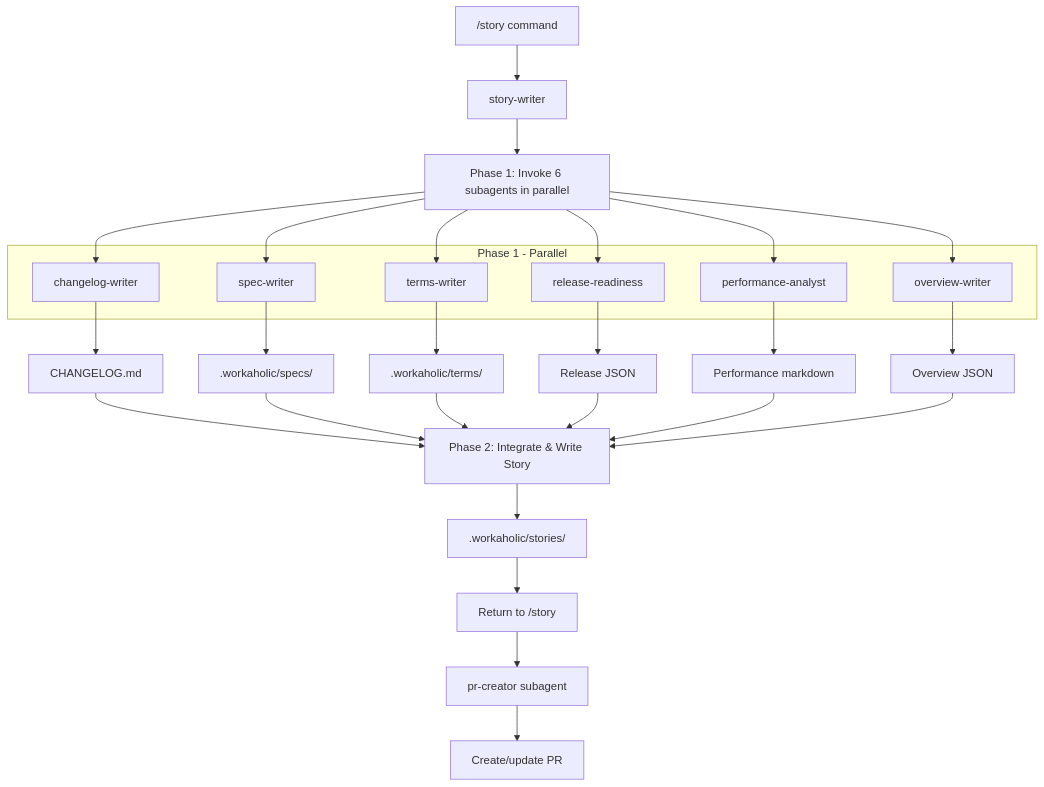
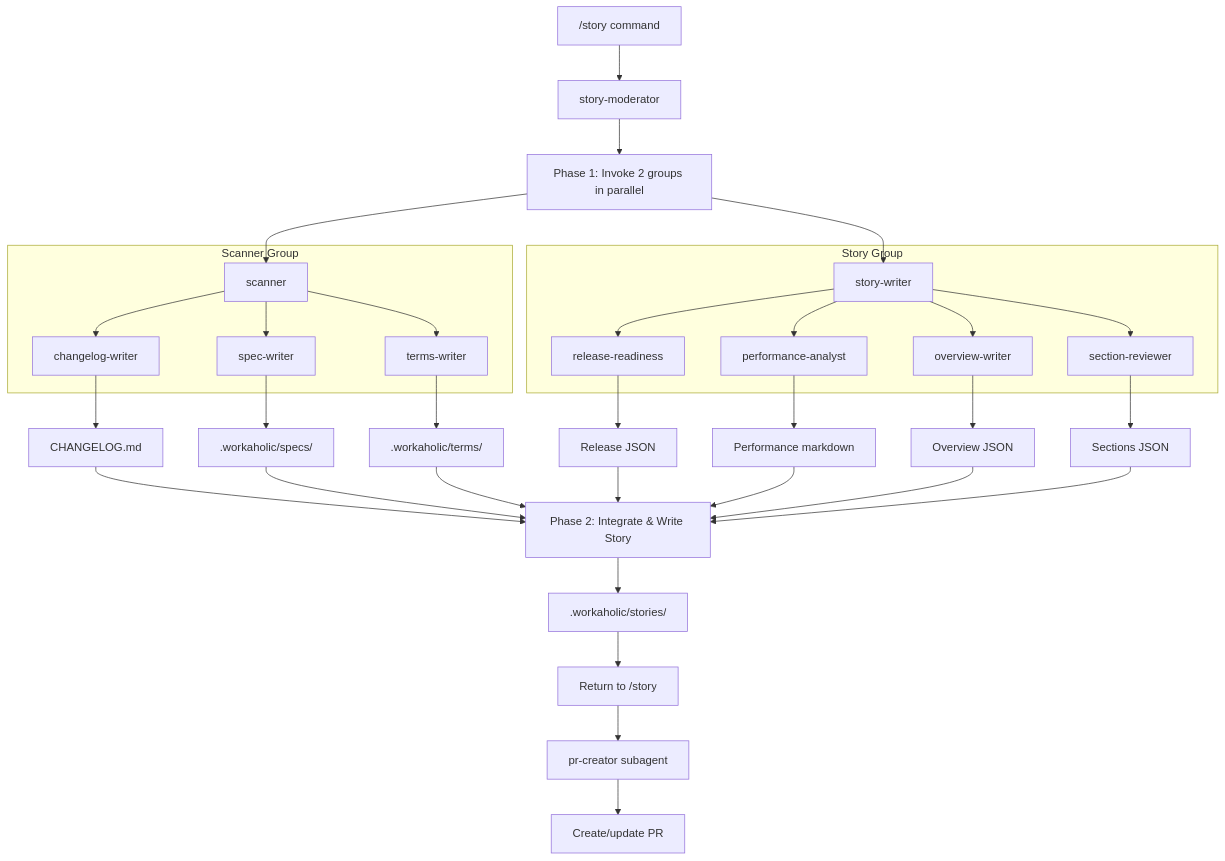
Before and after one commit to qmu/workaholic: the sixth of 6 diagrams in .workaholic/specs/architecture.md, drawn with Mermaid. The commit also changed other lines of this file and 7 other files, not shown here.

First line of the commit message:
Add story-moderator and scanner to Reorganize Documentation Agents

````diff
--- a/.workaholic/specs/architecture.md
+++ b/.workaholic/specs/architecture.md
@@ -339,42 +348,49 @@
 ```mermaid
 flowchart TD
-    A["/story command"] --> SW[story-writer]
+    A["/story command"] --> SM[story-moderator]
 
-    SW --> P1[Phase 1: Invoke 6 subagents in parallel]
+    SM --> P1[Phase 1: Invoke 2 groups in parallel]
 
-    subgraph Phase 1 - Parallel
+    subgraph Scanner Group
+        SC[scanner]
         D[changelog-writer]
         F[spec-writer]
         G[terms-writer]
+    end
+
+    subgraph Story Group
+        SW[story-writer]
         RR[release-readiness]
         PA[performance-analyst]
         OW[overview-writer]
+        SR[section-reviewer]
     end
 
-    P1 --> D
-    P1 --> F
-    P1 --> G
-    P1 --> RR
-    P1 --> PA
-    P1 --> OW
+    P1 --> SC
+    P1 --> SW
+
+    SC --> D & F & G
+    SW --> RR & PA & OW & SR
 
     D --> H[CHANGELOG.md]
     F --> J[.workaholic/specs/]
     G --> K[.workaholic/terms/]
     RR --> RL[Release JSON]
     PA --> PM[Performance markdown]
     OW --> OJ[Overview JSON]
+    SR --> SJ[Sections JSON]
 
     H --> P2[Phase 2: Integrate & Write Story]
     J --> P2
     K --> P2
     RL --> P2
     PM --> P2
     OJ --> P2
+    SJ --> P2
 
     P2 --> I[.workaholic/stories/]
     I --> L[Return to /story]
 
     L --> M[pr-creator subagent]
     M --> N[Create/update PR]
 ```
````
